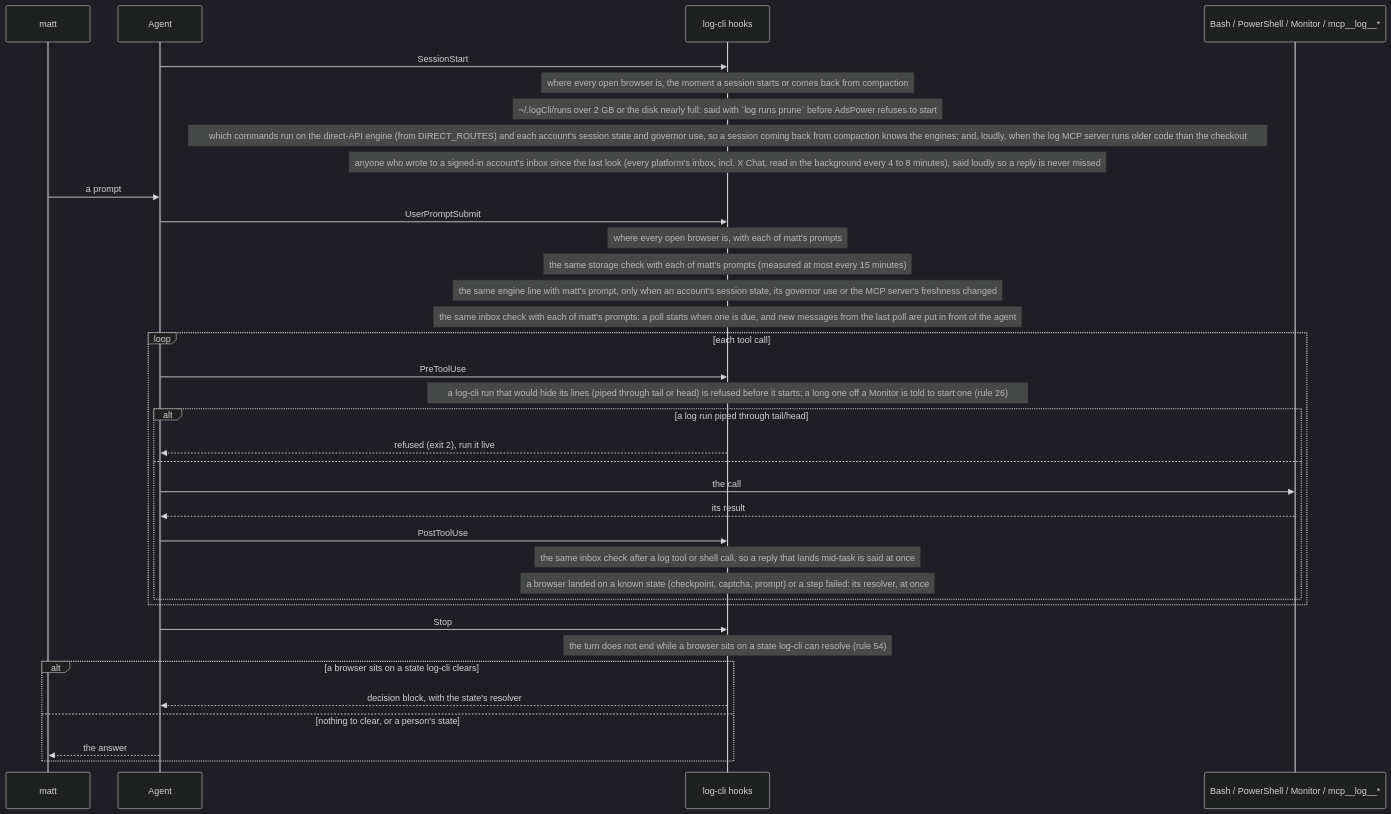
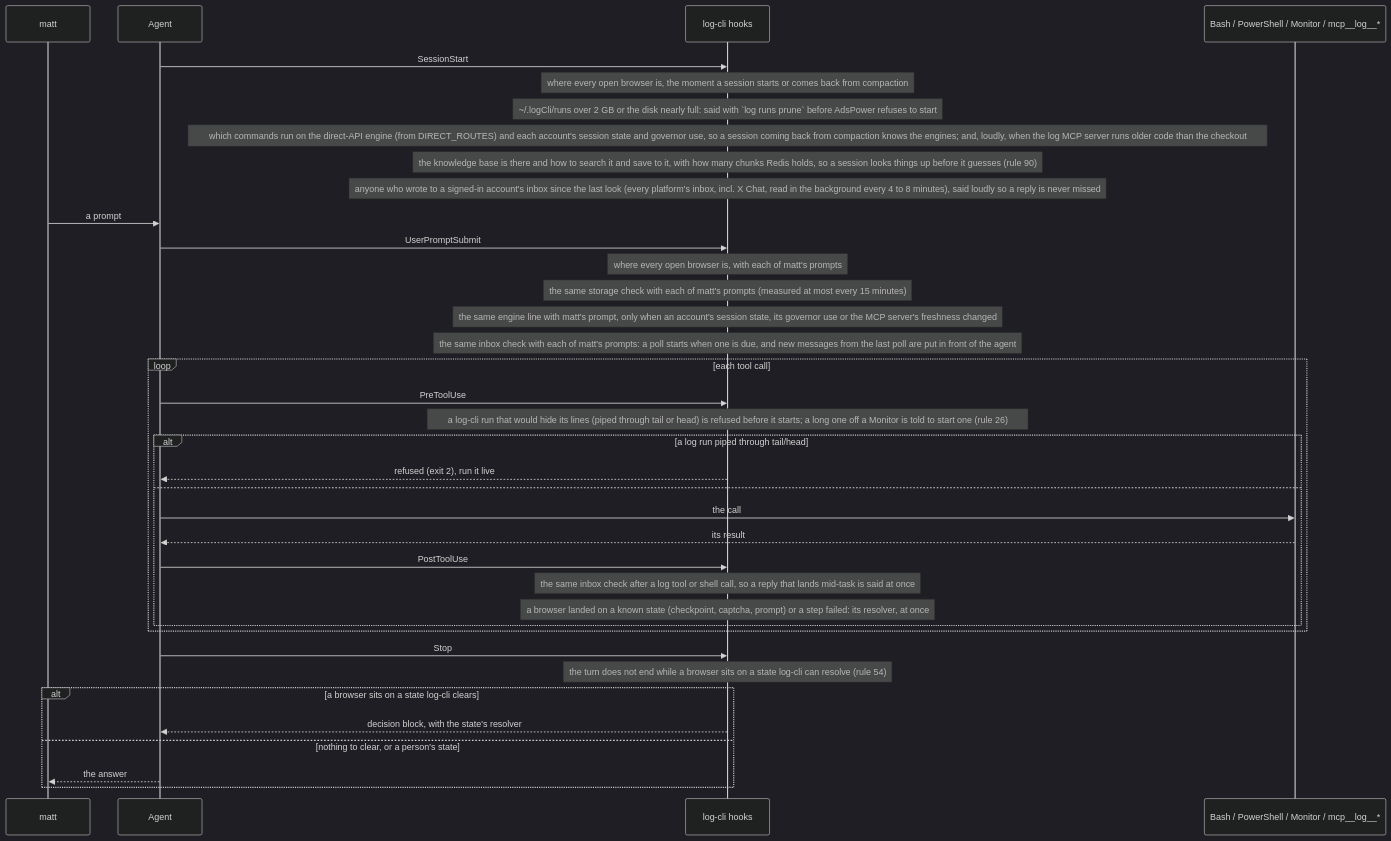
One commit to matthewdonsemail-lab/log changed the fifth of 6 diagrams in README.md. Above: the diagram before and after it, drawn with Mermaid (dark theme). The commit also changed other lines of this file and 27 other files, not shown here.

Commit message:
feat(kb): knowledge base in ListeningKit's Twenty, searched through Redis

````diff
--- a/README.md
+++ b/README.md
@@ -626,38 +632,39 @@
 ```mermaid
 sequenceDiagram
   participant matt
   participant Agent
   participant Hook as log-cli hooks
   participant Tool as Bash / PowerShell / Monitor / mcp__log__*
   Agent->>Hook: SessionStart
   Note over Hook: where every open browser is, the moment a session starts or comes back from compaction
   Note over Hook: ~/.logCli/runs over 2 GB or the disk nearly full: said with `log runs prune` before AdsPower refuses to start
   Note over Hook: which commands run on the direct-API engine (from DIRECT_ROUTES) and each account's session state and governor use, so a session coming back from compaction knows the engines#59; and, loudly, when the log MCP server runs older code than the checkout
+  Note over Hook: the knowledge base is there and how to search it and save to it, with how many chunks Redis holds, so a session looks things up before it guesses (rule 90)
   Note over Hook: anyone who wrote to a signed-in account's inbox since the last look (every platform's inbox, incl. X Chat, read in the background every 4 to 8 minutes), said loudly so a reply is never missed
   matt->>Agent: a prompt
   Agent->>Hook: UserPromptSubmit
   Note over Hook: where every open browser is, with each of matt's prompts
   Note over Hook: the same storage check with each of matt's prompts (measured at most every 15 minutes)
   Note over Hook: the same engine line with matt's prompt, only when an account's session state, its governor use or the MCP server's freshness changed
   Note over Hook: the same inbox check with each of matt's prompts: a poll starts when one is due, and new messages from the last poll are put in front of the agent
   loop each tool call
     Agent->>Hook: PreToolUse
     Note over Hook: a log-cli run that would hide its lines (piped through tail or head) is refused before it starts#59; a long one off a Monitor is told to start one (rule 26)
     alt a log run piped through tail/head
       Hook-->>Agent: refused (exit 2), run it live
     else
       Agent->>Tool: the call
       Tool-->>Agent: its result
       Agent->>Hook: PostToolUse
     Note over Hook: the same inbox check after a log tool or shell call, so a reply that lands mid-task is said at once
     Note over Hook: a browser landed on a known state (checkpoint, captcha, prompt) or a step failed: its resolver, at once
     end
   end
   Agent->>Hook: Stop
   Note over Hook: the turn does not end while a browser sits on a state log-cli can resolve (rule 54)
   alt a browser sits on a state log-cli clears
     Hook-->>Agent: decision block, with the state's resolver
   else nothing to clear, or a person's state
     Agent-->>matt: the answer
   end
 ```
````
